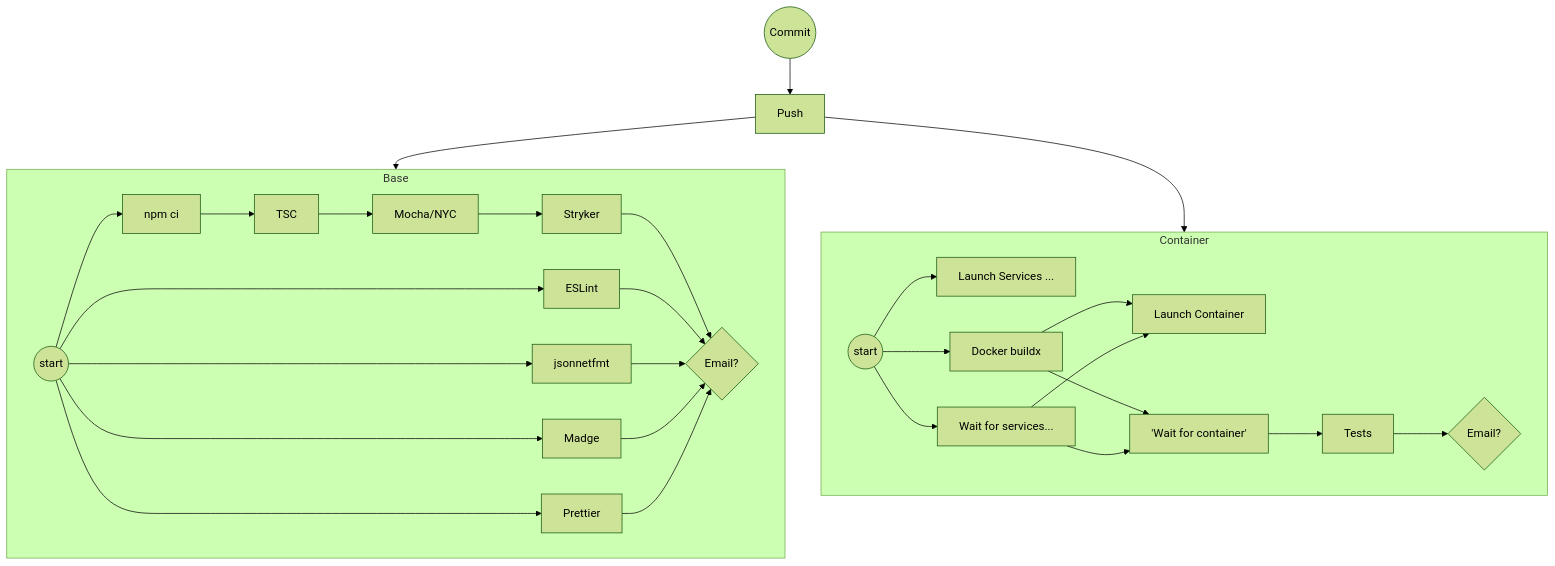
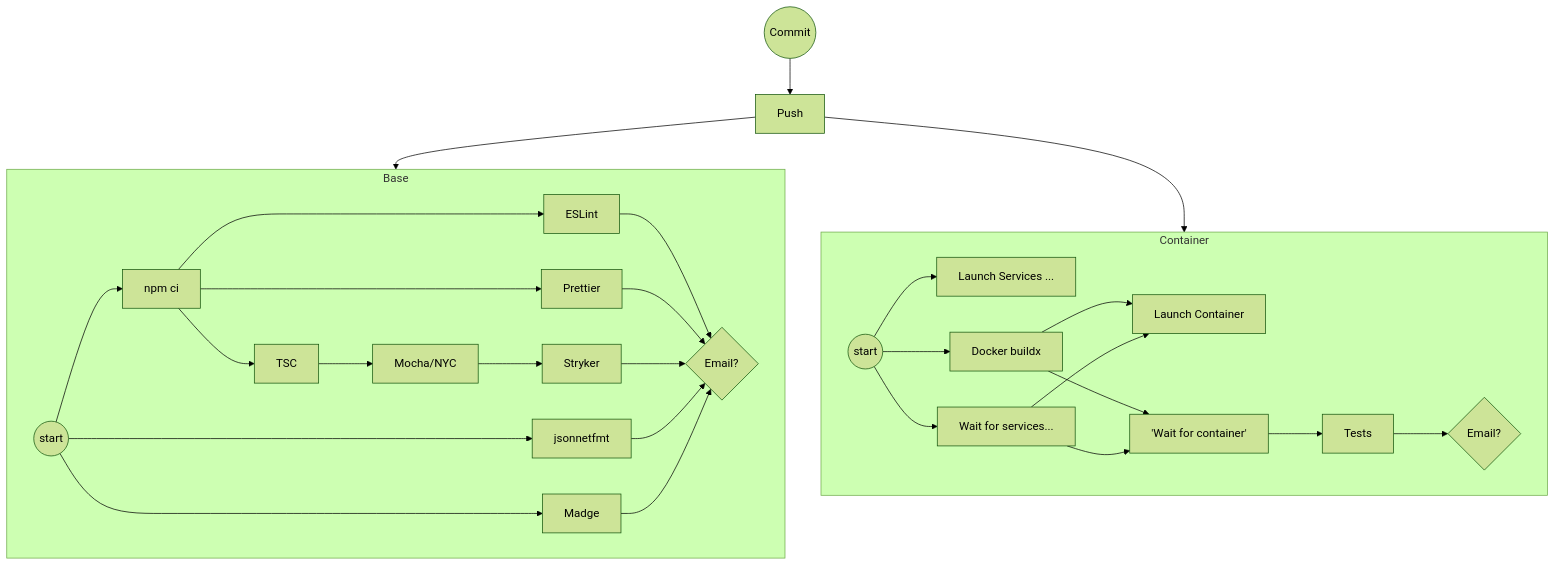
Before and after one commit to carboneater/CIngle-Point-of-Failure: the first of 3 diagrams in talk.md, drawn with Mermaid (forest theme). The commit also changed other lines of this file, not shown here.

````diff
--- a/talk.md
+++ b/talk.md
@@ -31,38 +31,38 @@
 ```mermaid
 flowchart TD
 
 GC((Commit)) --> Push
 
 subgraph B[Base]
     A((start)) --> CI[npm ci]
-    A --> E[ESLint]
+    CI --> E[ESLint]
     A --> J[jsonnetfmt]
     A --> Madge
-    A --> Prettier
+    CI --> Prettier
     CI --> T[TSC]
     T --> M[Mocha/NYC]
     M --> S[Stryker]
 
     S --> em{Email?}
     E --> em
     J --> em
     Madge --> em
     Prettier --> em
 end
 
 subgraph C[Container]
     C1 --> launch[Launch Services ...]
     C1((start)) --> C2[Docker buildx]
     C1 --> C1b[Wait for services...]
     C2 --> C2a["Launch Container"]
     C1b --> C2a
     C2 --> C3['Wait for container']
     C1b --> C3
     C3 --> C4[Tests]
     C4 --> C5{Email?}
 end
 
 Push --> B
 Push --> C
 
 ```
````
